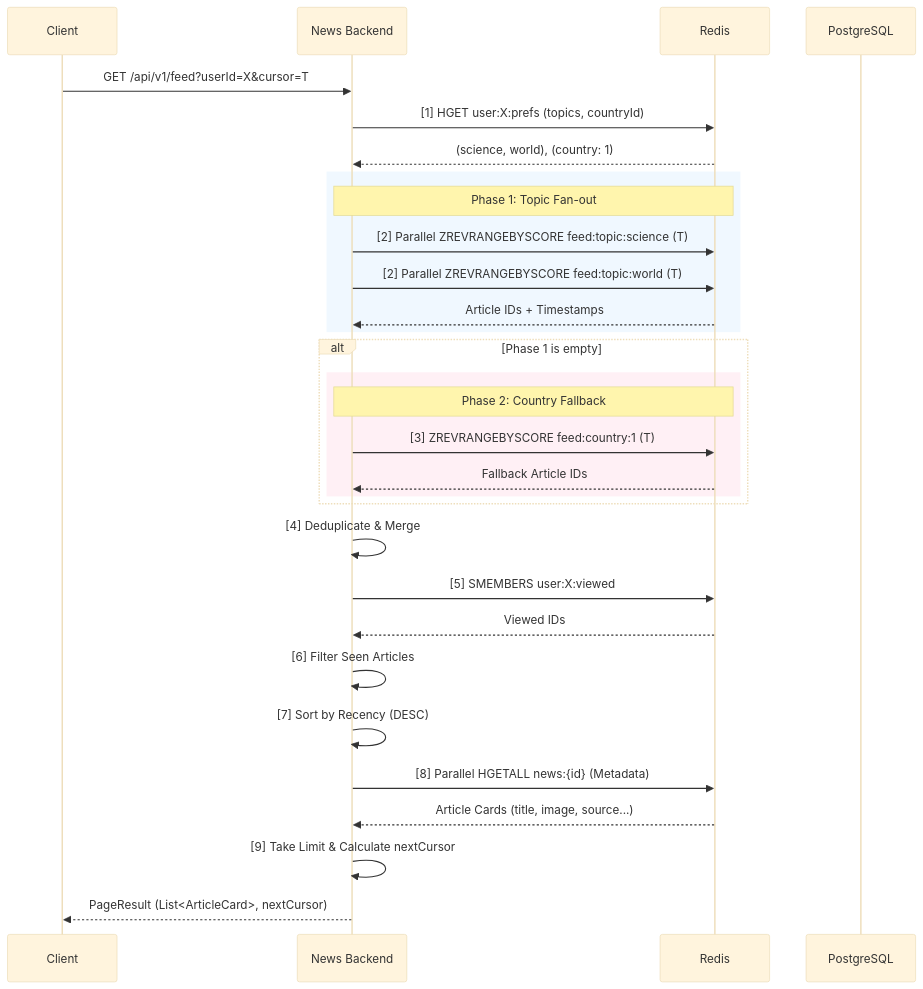
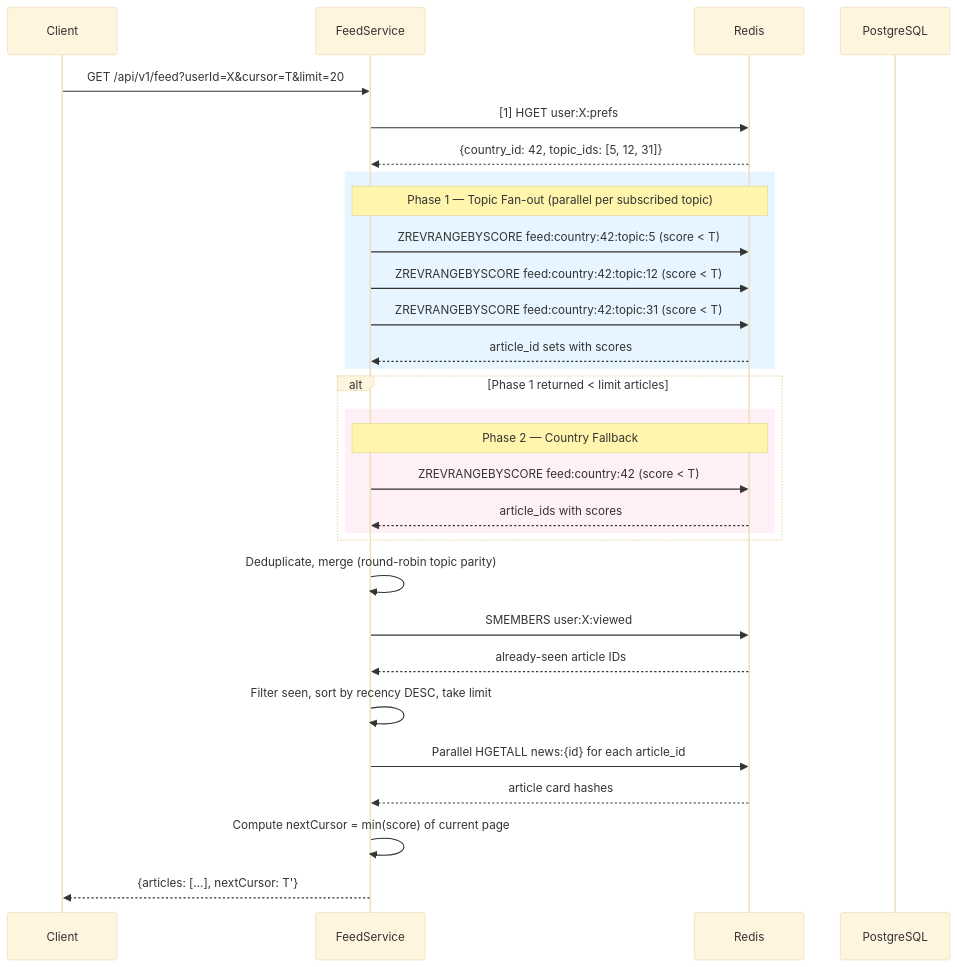
Before and after one commit to ANZER03/imperium-news-streaming-platform: the second of 2 diagrams in docs/staging_docs/backend/README.md, drawn with Mermaid (base theme). The commit also changed other lines of this file and 13 other files, not shown here.

````diff
--- a/docs/staging_docs/backend/README.md
+++ b/docs/staging_docs/backend/README.md
@@ -87,38 +75,39 @@
 ```mermaid
 sequenceDiagram
     participant C as Client
-    participant API as News Backend
+    participant API as FeedService
     participant R as Redis
     participant PG as PostgreSQL
 
-    C->>API: GET /api/v1/feed?userId=X&cursor=T
-    API->>R: [1] HGET user:X:prefs (topics, countryId)
-    R-->>API: (science, world), (country: 1)
-    
-    rect rgb(240, 248, 255)
-        Note over API, R: Phase 1: Topic Fan-out
-        API->>R: [2] Parallel ZREVRANGEBYSCORE feed:topic:science (T)
-        API->>R: [2] Parallel ZREVRANGEBYSCORE feed:topic:world (T)
-        R-->>API: Article IDs + Timestamps
+    C->>API: GET /api/v1/feed?userId=X&cursor=T&limit=20
+
+    API->>R: [1] HGET user:X:prefs
+    R-->>API: {country_id: 42, topic_ids: [5, 12, 31]}
+
+    rect rgb(230, 245, 255)
+        Note over API,R: Phase 1 — Topic Fan-out (parallel per subscribed topic)
+        API->>R: ZREVRANGEBYSCORE feed:country:42:topic:5 (score < T)
+        API->>R: ZREVRANGEBYSCORE feed:country:42:topic:12 (score < T)
+        API->>R: ZREVRANGEBYSCORE feed:country:42:topic:31 (score < T)
+        R-->>API: article_id sets with scores
     end
 
-    alt Phase 1 is empty
+    alt Phase 1 returned < limit articles
         rect rgb(255, 240, 245)
-            Note over API, R: Phase 2: Country Fallback
-            API->>R: [3] ZREVRANGEBYSCORE feed:country:1 (T)
-            R-->>API: Fallback Article IDs
+            Note over API,R: Phase 2 — Country Fallback
+            API->>R: ZREVRANGEBYSCORE feed:country:42 (score < T)
+            R-->>API: article_ids with scores
         end
     end
 
-    API->>API: [4] Deduplicate & Merge
-    API->>R: [5] SMEMBERS user:X:viewed
-    R-->>API: Viewed IDs
-    API->>API: [6] Filter Seen Articles
-    API->>API: [7] Sort by Recency (DESC)
-    
-    API->>R: [8] Parallel HGETALL news:{id} (Metadata)
-    R-->>API: Article Cards (title, image, source...)
-    
-    API->>API: [9] Take Limit & Calculate nextCursor
-    API-->>C: PageResult (List<ArticleCard>, nextCursor)
+    API->>API: Deduplicate, merge (round-robin topic parity)
+    API->>R: SMEMBERS user:X:viewed
+    R-->>API: already-seen article IDs
+    API->>API: Filter seen, sort by recency DESC, take limit
+
+    API->>R: Parallel HGETALL news:{id} for each article_id
+    R-->>API: article card hashes
+
+    API->>API: Compute nextCursor = min(score) of current page
+    API-->>C: {articles: [...], nextCursor: T'}
 ```
````
